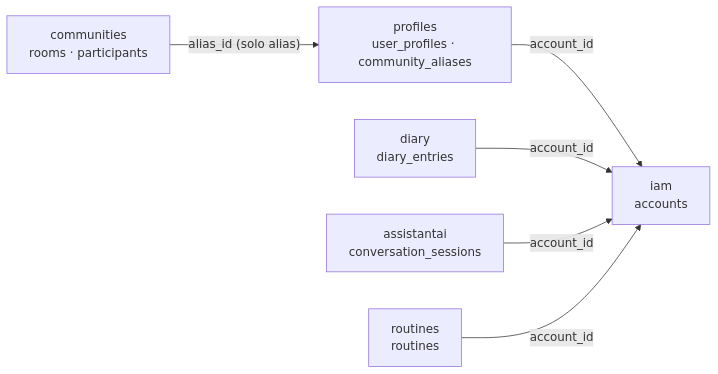
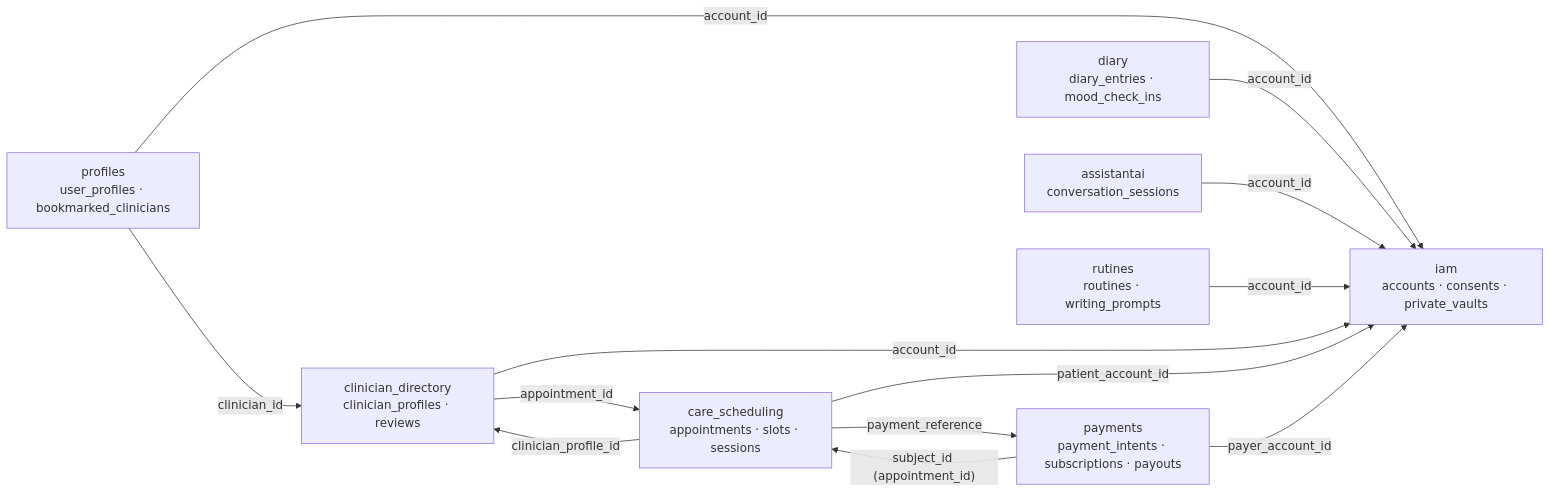
The first of 9 diagrams in docs/database/README.md (MindClusterUPC/safediary-platform), drawn with Mermaid before and after one commit. The commit also changed other lines of this file and 1 other file, not shown here.

````diff
--- a/docs/database/README.md
+++ b/docs/database/README.md
@@ -22,15 +26,24 @@
 ```mermaid
 flowchart LR
-    IAM["iam<br/>accounts"]
-    PRO["profiles<br/>user_profiles · community_aliases"]
-    DIA["diary<br/>diary_entries"]
+    IAM["iam<br/>accounts · consents · private_vaults"]
+    PRO["profiles<br/>user_profiles · bookmarked_clinicians"]
+    DIA["diary<br/>diary_entries · mood_check_ins"]
     AI["assistantai<br/>conversation_sessions"]
-    COM["communities<br/>rooms · participants"]
-    ROU["routines<br/>routines"]
+    RUT["rutines<br/>routines · writing_prompts"]
+    DIR["clinician_directory<br/>clinician_profiles · reviews"]
+    SCH["care_scheduling<br/>appointments · slots · sessions"]
+    PAY["payments<br/>payment_intents · subscriptions · payouts"]
 
     PRO -- "account_id" --> IAM
     DIA -- "account_id" --> IAM
     AI -- "account_id" --> IAM
-    ROU -- "account_id" --> IAM
-    COM -- "alias_id (solo alias)" --> PRO
+    RUT -- "account_id" --> IAM
+    DIR -- "account_id" --> IAM
+    SCH -- "patient_account_id" --> IAM
+    SCH -- "clinician_profile_id" --> DIR
+    DIR -- "appointment_id" --> SCH
+    SCH -- "payment_reference" --> PAY
+    PAY -- "payer_account_id" --> IAM
+    PAY -- "subject_id (appointment_id)" --> SCH
+    PRO -- "clinician_id" --> DIR
 ```
````
